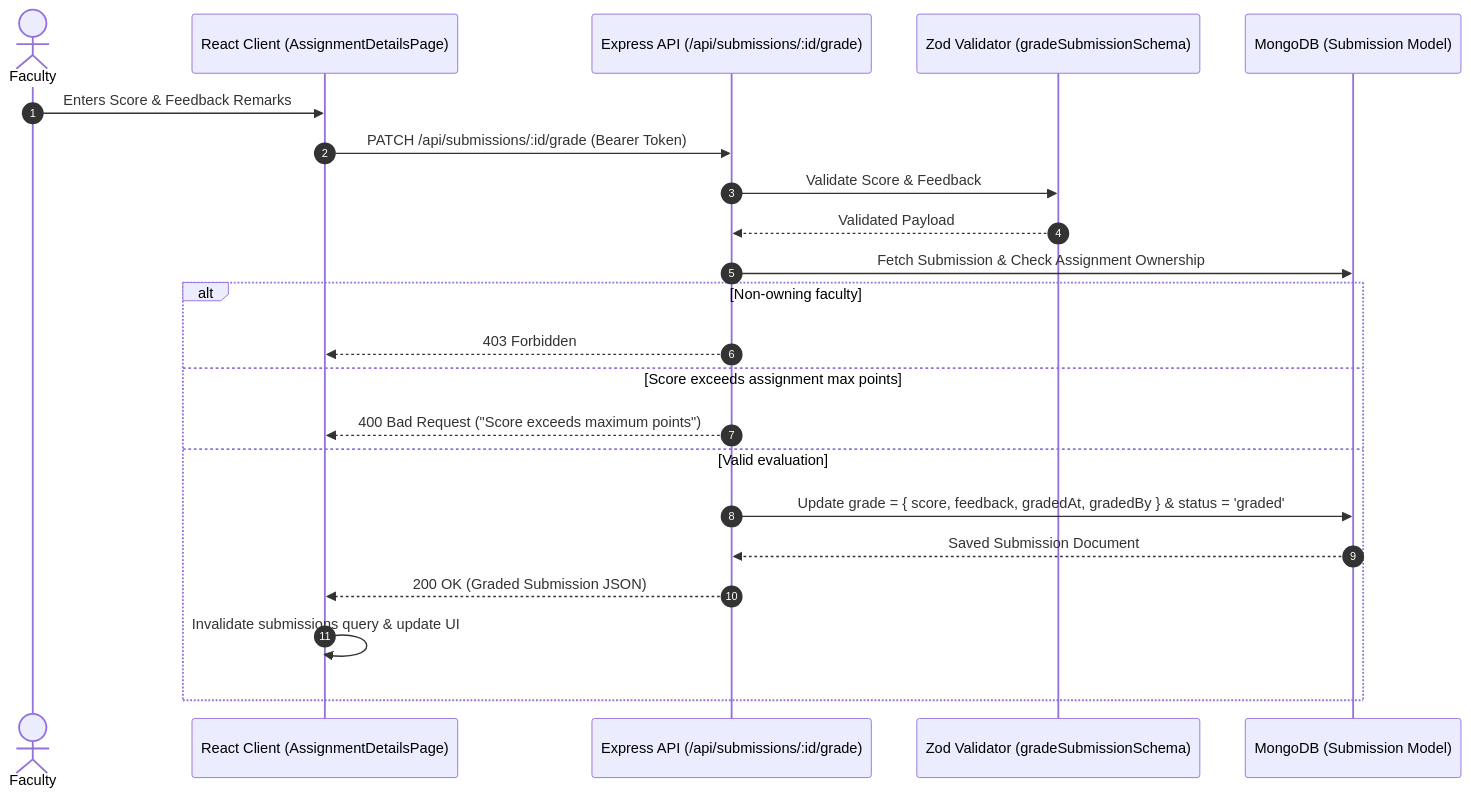
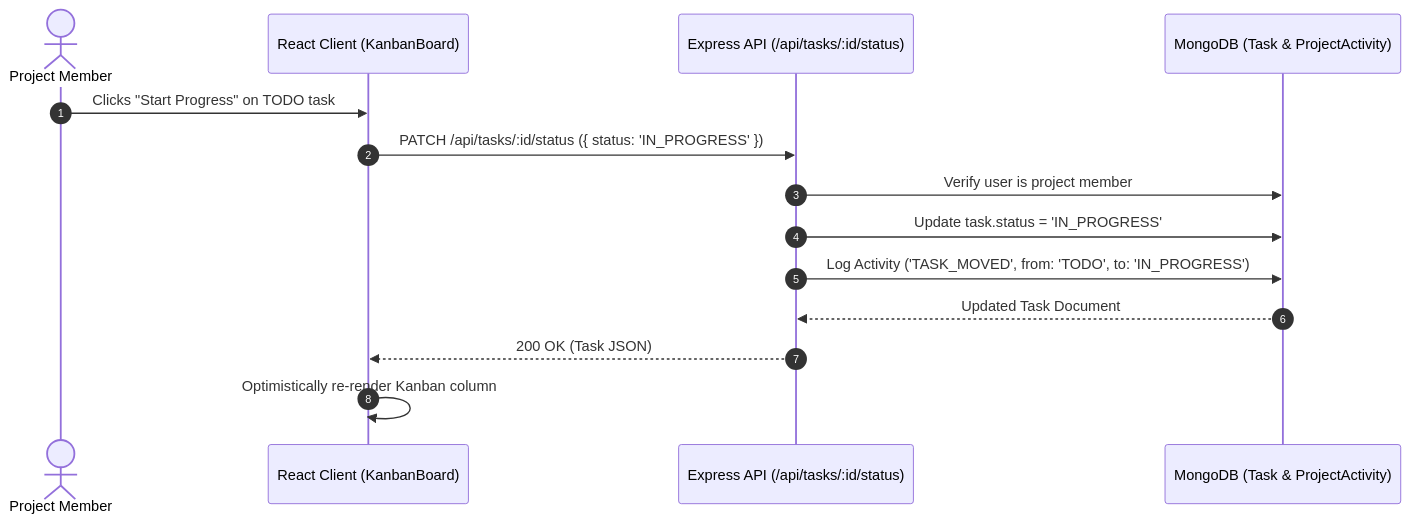
The fourth of 6 diagrams in docs/architecture.md (kubervaidya24-max/CAMPUSFLOW), drawn with Mermaid before and after one commit. The commit also changed other lines of this file and 21 other files, not shown here.

Commit message:
feat: implement project collaboration and kanban workflow

````diff
--- a/docs/architecture.md
+++ b/docs/architecture.md
@@ -92,25 +93,17 @@
 ```mermaid
 sequenceDiagram
     autonumber
-    actor Faculty
-    participant Client as React Client (AssignmentDetailsPage)
-    participant API as Express API (/api/submissions/:id/grade)
-    participant Val as Zod Validator (gradeSubmissionSchema)
-    participant DB as MongoDB (Submission Model)
+    actor Member as Project Member
+    participant Client as React Client (KanbanBoard)
+    participant API as Express API (/api/tasks/:id/status)
+    participant DB as MongoDB (Task & ProjectActivity)
 
-    Faculty->>Client: Enters Score & Feedback Remarks
-    Client->>API: PATCH /api/submissions/:id/grade (Bearer Token)
-    API->>Val: Validate Score & Feedback
-    Val-->>API: Validated Payload
-    API->>DB: Fetch Submission & Check Assignment Ownership
-    alt Non-owning faculty
-        API-->>Client: 403 Forbidden
-    else Score exceeds assignment max points
-        API-->>Client: 400 Bad Request ("Score exceeds maximum points")
-    else Valid evaluation
-        API->>DB: Update grade = { score, feedback, gradedAt, gradedBy } & status = 'graded'
-        DB-->>API: Saved Submission Document
-        API-->>Client: 200 OK (Graded Submission JSON)
-        Client->>Client: Invalidate submissions query & update UI
-    end
+    Member->>Client: Clicks "Start Progress" on TODO task
+    Client->>API: PATCH /api/tasks/:id/status ({ status: 'IN_PROGRESS' })
+    API->>DB: Verify user is project member
+    API->>DB: Update task.status = 'IN_PROGRESS'
+    API->>DB: Log Activity ('TASK_MOVED', from: 'TODO', to: 'IN_PROGRESS')
+    DB-->>API: Updated Task Document
+    API-->>Client: 200 OK (Task JSON)
+    Client->>Client: Optimistically re-render Kanban column
 ```
````
